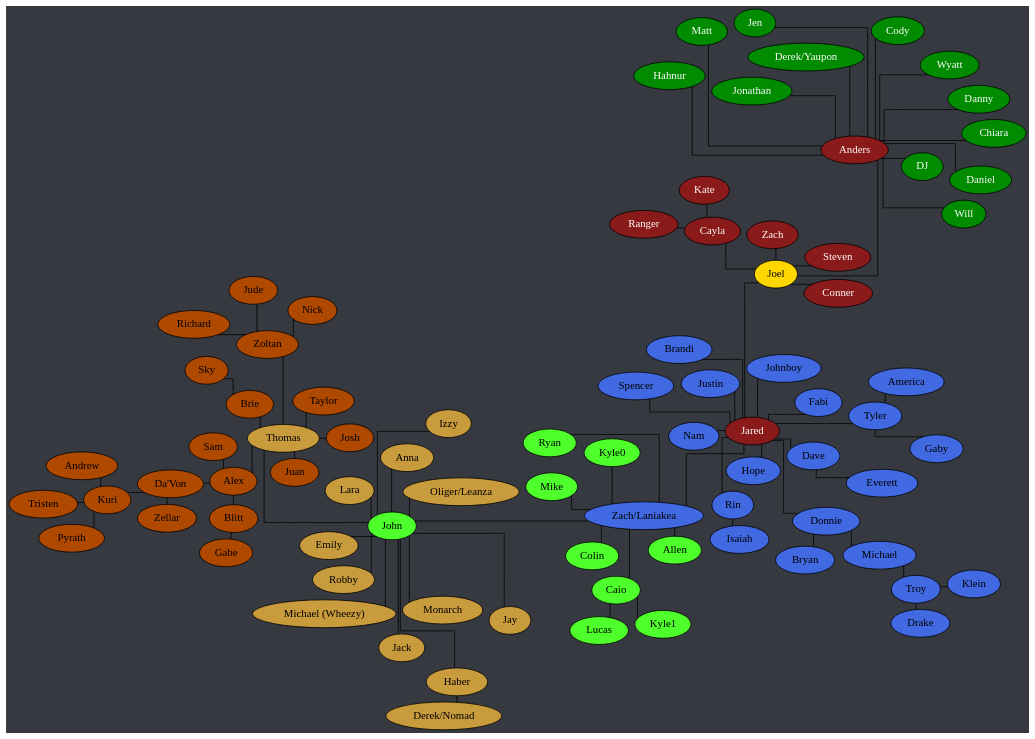
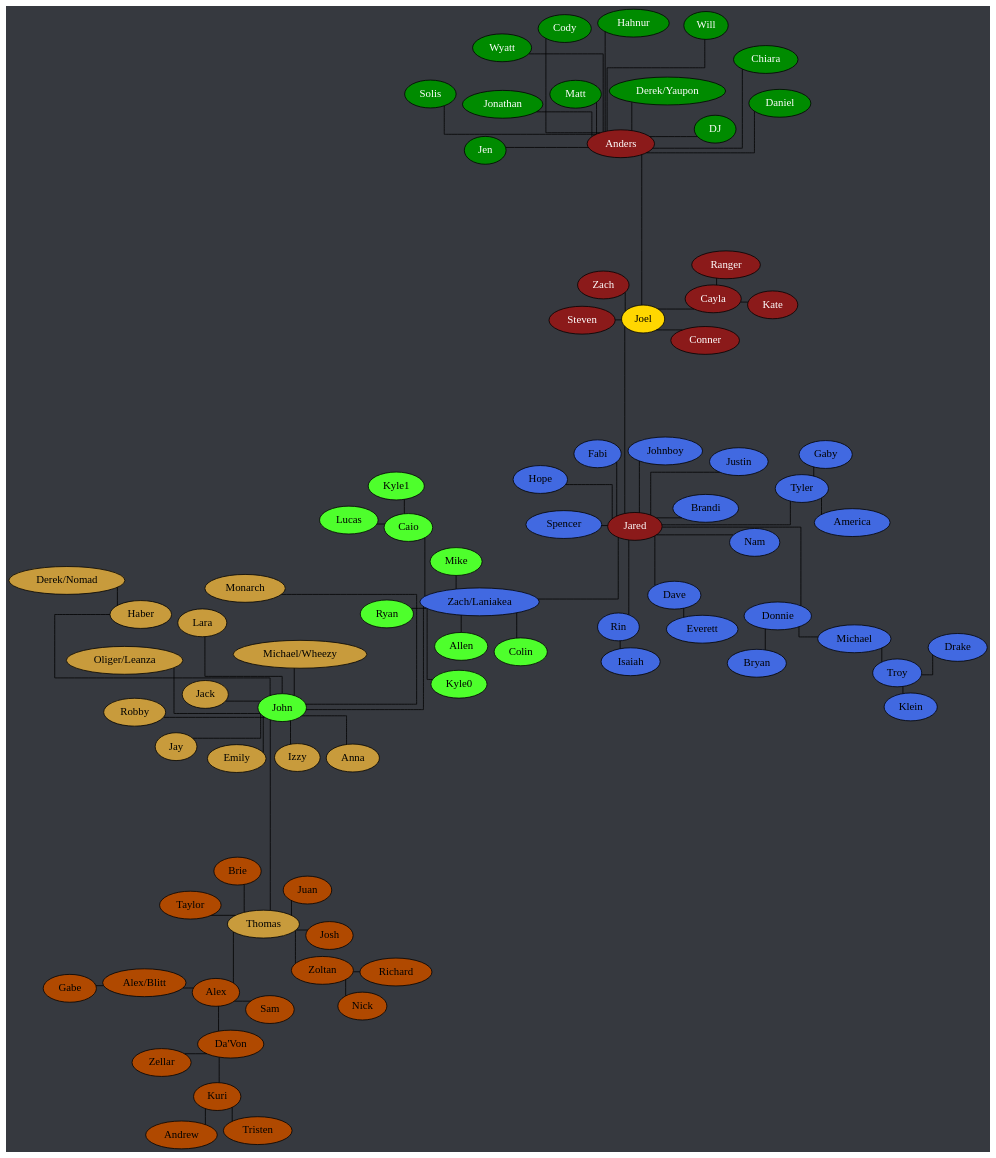
One commit to Documidas/CoronaCatzFamilyTree changed the diagram in tree.dot. Above: the diagram before and after it, drawn with Graphviz. The commit also changed 1 other file, not shown here.

```diff
--- a/tree.dot
+++ b/tree.dot
@@ -1,131 +1,128 @@
 strict graph {
 	// Layout Configuration
 	layout = neato;
 	epsilon = 0.01;
 	mode = KK;
 	model = subset;
 	overlap = false;
 	splines = ortho;
 
 	// Visual Configuration
 	graph [truecolor=true bgcolor="#36393f"]
 	node [style=filled fillcolor="gray" fontcolor="black"]
 
 	subgraph "Joel" {
 		node [style=filled fillcolor="firebrick4" fontcolor="white"];
 		Joel [style=filled fillcolor="gold" fontcolor="black"];
 
 		Anders -- Joel;
 		Cayla -- Joel
 		Cayla -- Kate;
 		Cayla -- Ranger;
 		Joel -- Conner;
 		Joel -- Jared;
 		Joel -- Steven;
 		Joel -- Zach;
 	}
 
 	subgraph "Anders" {
 		node [style=filled fillcolor="green4" fontcolor="white"];
 
 		Anders -- Chiara
 		Anders -- Cody;
 		Anders -- Daniel;
-		Anders -- Danny;
 		Anders -- "Derek/Yaupon";
 		Anders -- DJ;
-		Anders -- Hahnur
+		Anders -- Hahnur;
 		Anders -- Jen;
 		Anders -- Jonathan;
 		Anders -- Matt;
+		Anders -- Solis;
 		Anders -- Will;
 		Anders -- Wyatt;
 	}
 
 	subgraph "Jared" {
 		node [style=filled fillcolor="royalblue" fontcolor="black"]
 
 		Dave -- Everett;
 		Donnie -- Bryan;
 		Donnie -- Michael;
 		Jared -- Brandi;
 		Jared -- Dave;
 		Jared -- Donnie;
 		Jared -- Fabi;
 		Jared -- Hope;
 		Jared -- Johnboy;
 		Jared -- Justin;
 		Jared -- Nam;
 		Jared -- Rin;
 		Jared -- Spencer;
 		Jared -- Tyler;
 		Jared -- "Zach/Laniakea";
 		Michael -- Troy;
 		Rin -- Isaiah;
 		Tyler -- America;
 		Tyler -- Gaby;
 		Troy -- Drake;
 		Troy -- Klein;
 	}
 
 	subgraph "Zach/Laniakea" {
 		node [style=filled fillcolor="#4eff2c" fontcolor="black"]
 
 		Caio -- Kyle1;
 		Caio -- Lucas;
 		"Zach/Laniakea" -- Allen;
 		"Zach/Laniakea" -- Caio;
 		"Zach/Laniakea" -- Colin;
 		"Zach/Laniakea" -- John [ len = 10 ];
 		"Zach/Laniakea" -- Kyle0;
 		"Zach/Laniakea" -- Mike;
 		"Zach/Laniakea" -- Ryan;
 	}
 
 	subgraph "John" {
 		node [style=filled fillcolor="#c89b3c" fontcolor="black"]
 
 		Haber -- "Derek/Nomad";
 		John -- Anna;
 		John -- Emily;
 		John -- Haber;
 		John -- Jay;
 		John -- Jack;
 		John -- Lara;
 		John -- Monarch;
 		John -- "Oliger/Leanza";
 		John -- Thomas;
 	}
 
 	subgraph "John-stream" {
 		// node [style=filled fillcolor="#9147ff" fontcolor="black"]
 		node [style=filled fillcolor="#c89b3c" fontcolor="black"]
 
 		John -- Izzy;
-		John -- "Michael (Wheezy)";
+		John -- "Michael/Wheezy";
 		John -- Robby;
 	}
 
 	subgraph "Thomas" {
 		node [style=filled fillcolor="#b04900" fontcolor="black"]
 		Alex -- "Da'Von";
-		Alex -- Blitt;
+		Alex -- "Alex/Blitt";
 		Alex -- Sam;
-		Blitt -- Gabe;
-		Brie -- Sky;
+		"Alex/Blitt" -- Gabe;
 		"Da'Von" -- Kuri;
 		"Da'Von" -- Zellar;
 		Kuri -- Andrew;
-		Kuri -- Pyrath;
 		Kuri -- Tristen;
 		Thomas -- Alex;
 		Thomas -- Brie;
 		Thomas -- Josh;
 		Thomas -- Juan;
 		Thomas -- Taylor;
 		Thomas -- Zoltan;
-		Zoltan -- Jude;
 		Zoltan -- Nick;
 		Zoltan -- Richard;
 	}
 }
```
